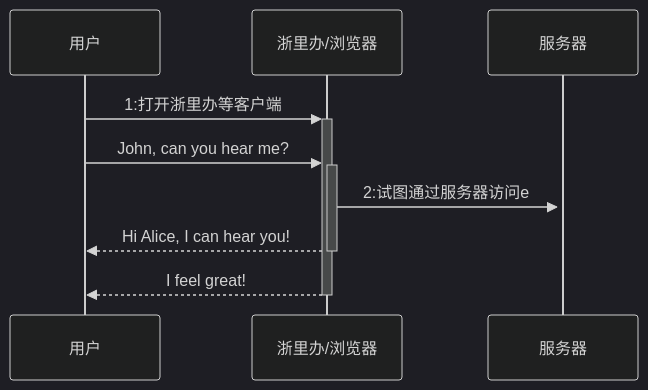
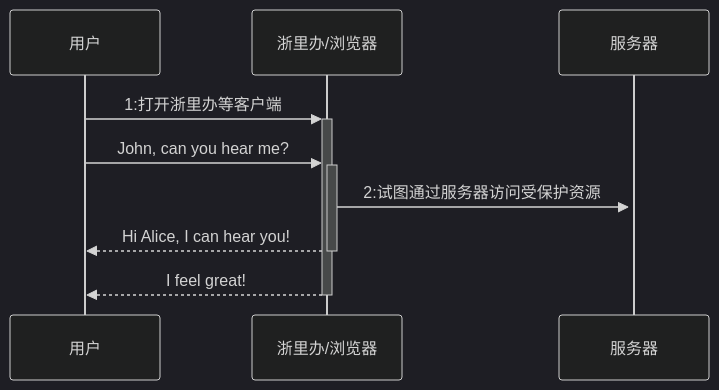
The diagram in all/居民端时序图.md (fifuntop/iodraw-files), drawn with Mermaid (dark theme) before and after one commit.

Commit message:
2024-03-14 14:47:04 update

````diff
--- a/all/居民端时序图.md
+++ b/all/居民端时序图.md
@@ -1,9 +1,9 @@
 ```mermaid
 sequenceDiagram
     用户->>+浙里办/浏览器: 1:打开浙里办等客户端
     用户->>+浙里办/浏览器: John, can you hear me?
-    浙里办/浏览器->>+服务器: 2:试图通过服务器访问e
+    浙里办/浏览器->>+服务器: 2:试图通过服务器访问受保护资源
     浙里办/浏览器-->>-用户: Hi Alice, I can hear you!
     浙里办/浏览器-->>-用户: I feel great!
             
 ```
````
